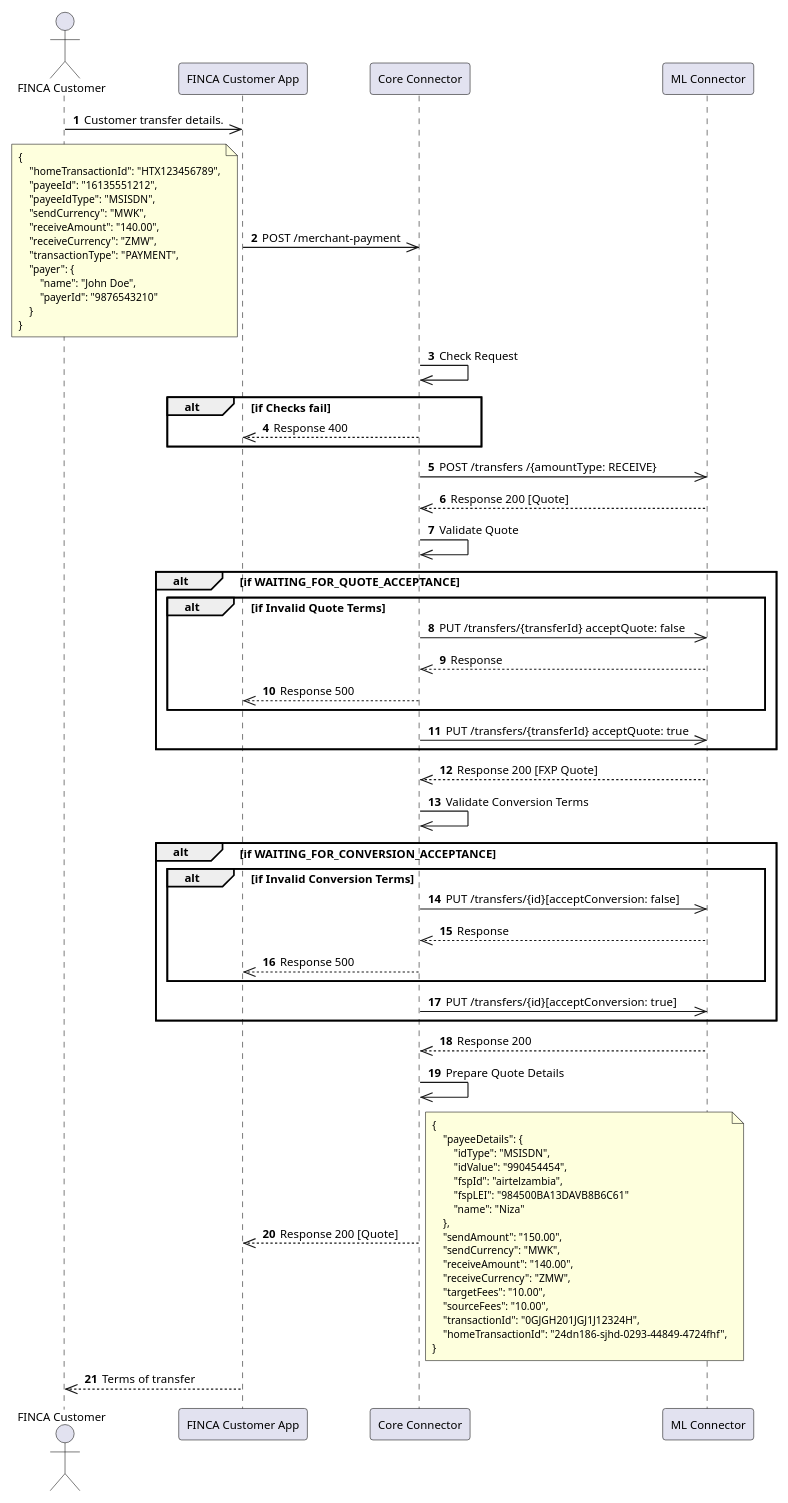
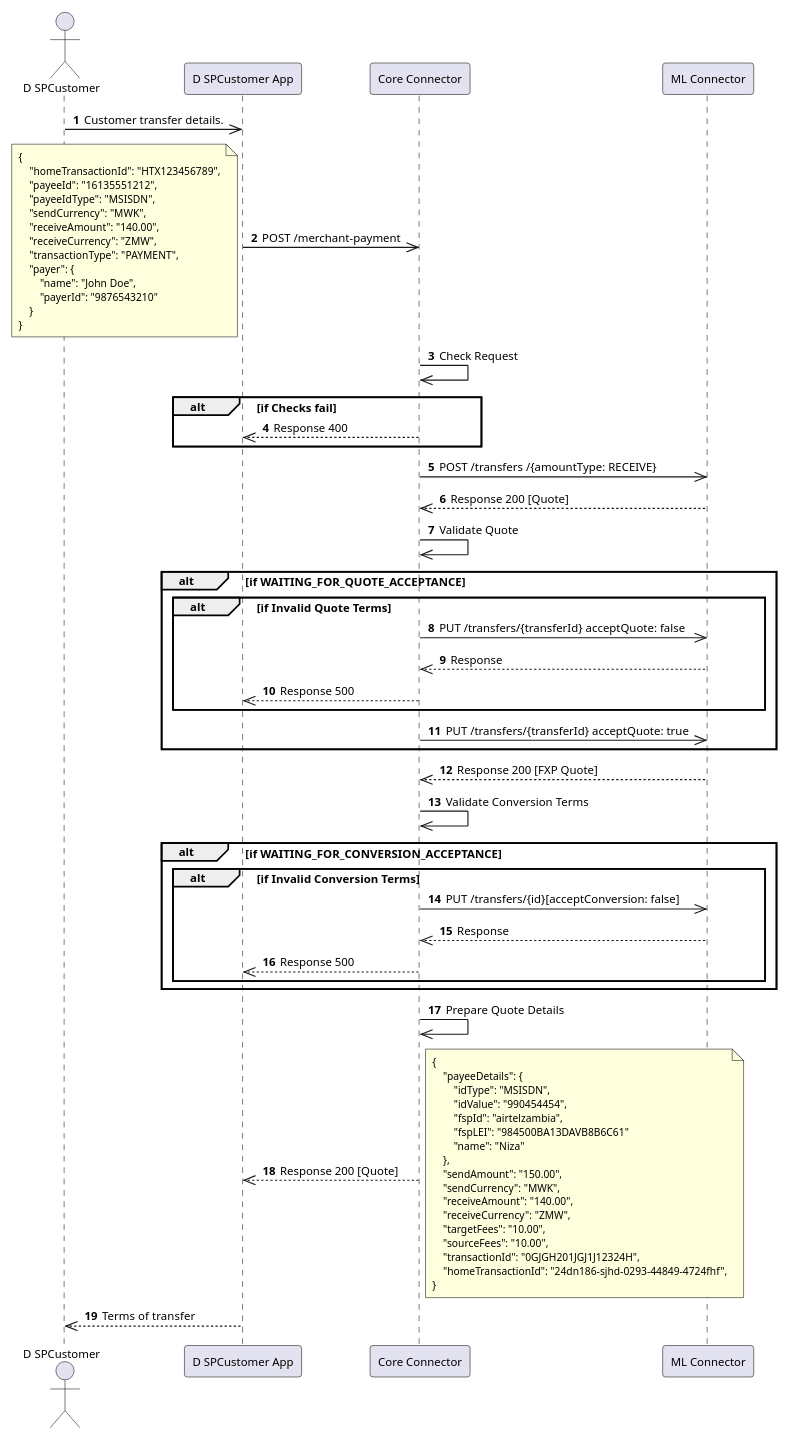
Before and after one commit to mojaloop/ml-reference-connectors: the diagram in packages/core-connector-lib/docs/plantuml-docs/docs/payer/payer-merchant-initiate-transfer.puml, drawn with PlantUML. The commit also changed 5 other files, not shown here.

```diff
--- a/packages/core-connector-lib/docs/plantuml-docs/docs/payer/payer-merchant-initiate-transfer.puml
+++ b/packages/core-connector-lib/docs/plantuml-docs/docs/payer/payer-merchant-initiate-transfer.puml
@@ -1,98 +1,95 @@
 @startuml name="initiate-transfer"
 
 skinparam defaultFontSize 10
 skinparam NoteFontSize 9
 skinparam NoteFontName "Courier New"  ' Monospace font
 skinparam wrapWidth 50                ' Set the width of the note
 
 autonumber
 
-actor "FINCA Customer" as Customer
-participant "FINCA Customer App" as App
+actor "D SPCustomer" as Customer
+participant "D SPCustomer App" as App
 participant "Core Connector" as Core
 participant "ML Connector" as ML
 
 Customer ->> App: Customer transfer details.
 
 App ->> Core: POST /merchant-payment
 note left
 {
     "homeTransactionId": "HTX123456789",
     "payeeId": "16135551212",
     "payeeIdType": "MSISDN",
     "sendCurrency": "MWK",
     "receiveAmount": "140.00",
     "receiveCurrency": "ZMW",
     "transactionType": "PAYMENT",
     "payer": {
         "name": "John Doe",
         "payerId": "9876543210"
     }
 }
 end note
 
 Core ->> Core: Check Request
 
 alt if Checks fail
     Core -->> App: Response 400
 end
 
 
 
 Core ->> ML: POST /transfers /{amountType: RECEIVE} 
 ML -->> Core: Response 200 [Quote]
 Core ->> Core: Validate Quote
 
 alt if WAITING_FOR_QUOTE_ACCEPTANCE
 
     alt if Invalid Quote Terms
         Core ->> ML: PUT /transfers/{transferId} acceptQuote: false
         ML -->> Core: Response 
         Core -->> App: Response 500
     end
 
     Core ->> ML: PUT /transfers/{transferId} acceptQuote: true
 end
 
 
 ML -->> Core: Response 200 [FXP Quote]
 Core ->> Core: Validate Conversion Terms
 
 
 alt if WAITING_FOR_CONVERSION_ACCEPTANCE
     alt if Invalid Conversion Terms
         Core ->> ML: PUT /transfers/{id}[acceptConversion: false]
         ML -->> Core: Response 
         Core -->> App: Response 500
     end
-
-    Core ->> ML: PUT /transfers/{id}[acceptConversion: true]
 end
 
-ML -->> Core: Response 200
 Core ->> Core: Prepare Quote Details
 
 Core -->> App: Response 200 [Quote]
 note right
 {
     "payeeDetails": {
         "idType": "MSISDN",
         "idValue": "990454454",
         "fspId": "airtelzambia",
         "fspLEI": "984500BA13DAVB8B6C61"
         "name": "Niza"
     },
     "sendAmount": "150.00",
     "sendCurrency": "MWK",
     "receiveAmount": "140.00",
     "receiveCurrency": "ZMW",
     "targetFees": "10.00",
     "sourceFees": "10.00",
     "transactionId": "0GJGH201JGJ1J12324H",
     "homeTransactionId": "24dn186-sjhd-0293-44849-4724fhf",
 }
 end note
 
 App -->> Customer: Terms of transfer
 
 @enduml
```
